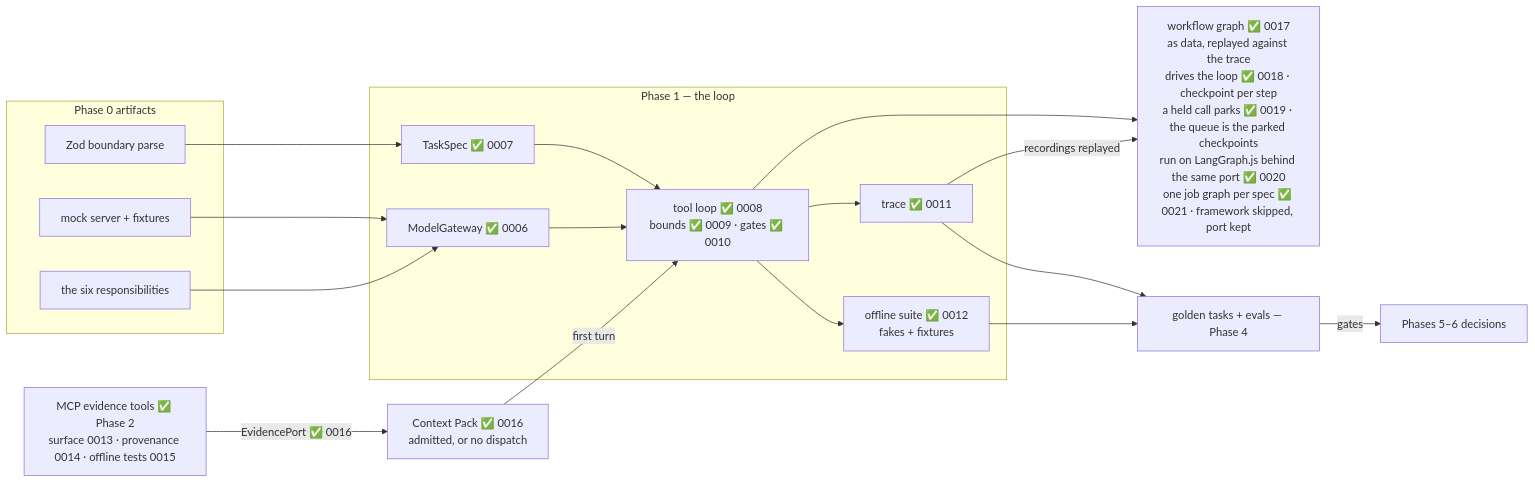
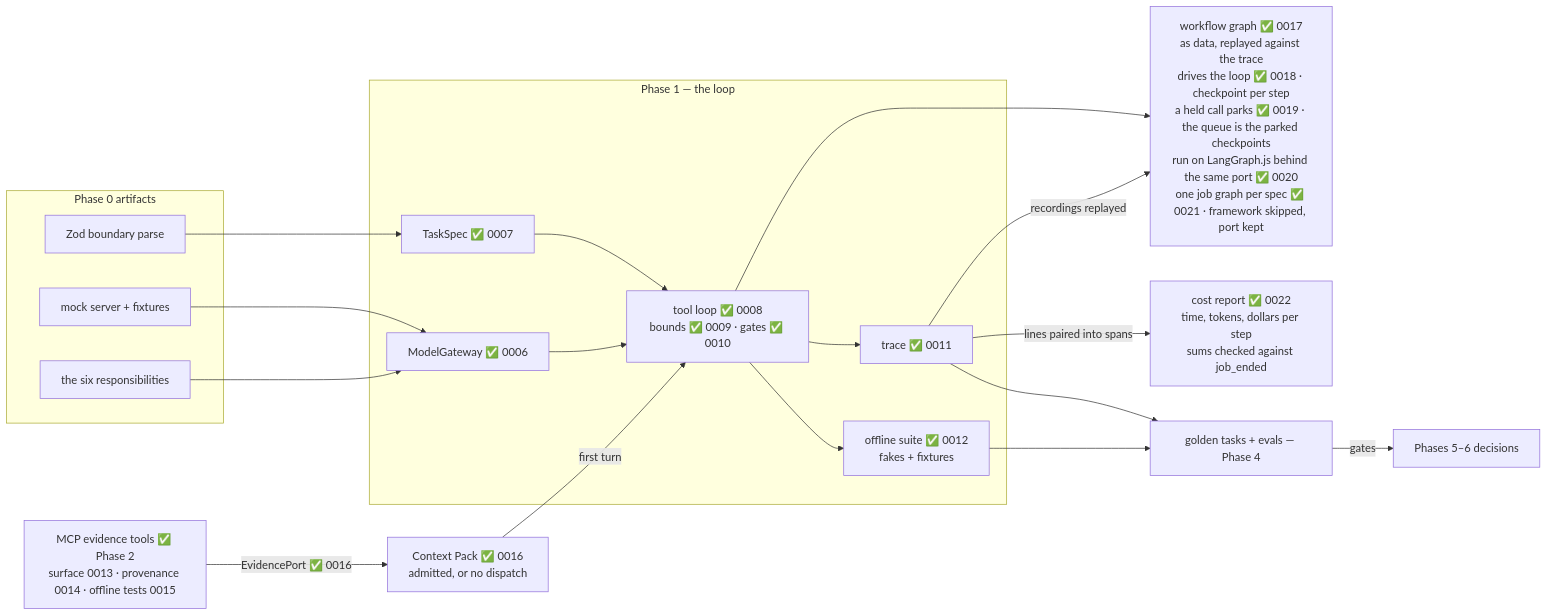
The seventh of 7 diagrams in wiki/course/course-module-graph.md (JozsefKiss90/TS), drawn with Mermaid before and after one commit. The commit also changed other lines of this file and 15 other files, not shown here.

````diff
--- a/wiki/course/course-module-graph.md
+++ b/wiki/course/course-module-graph.md
@@ -115,29 +136,30 @@
 ```mermaid
 flowchart LR
     subgraph PH0["Phase 0 artifacts"]
         MOCK["mock server + fixtures"]
         SIX["the six responsibilities"]
         ZOD["Zod boundary parse"]
     end
     subgraph PH1["Phase 1 — the loop"]
         GWY["ModelGateway ✅ 0006"]
         SPEC["TaskSpec ✅ 0007"]
         TLOOP["tool loop ✅ 0008<br/>bounds ✅ 0009 · gates ✅ 0010"]
         TR["trace ✅ 0011"]
         TESTS["offline suite ✅ 0012<br/>fakes + fixtures"]
     end
     MOCK --> GWY
     SIX --> GWY
     ZOD --> SPEC
     SPEC --> TLOOP
     GWY --> TLOOP
     TLOOP --> TR
     TLOOP --> TESTS
     EV["MCP evidence tools ✅ Phase 2<br/>surface 0013 · provenance 0014 · offline tests 0015"] -->|"EvidencePort ✅ 0016"| PACK["Context Pack ✅ 0016<br/>admitted, or no dispatch"]
     PACK -->|"first turn"| TLOOP
     TLOOP --> WG["workflow graph ✅ 0017<br/>as data, replayed against the trace<br/>drives the loop ✅ 0018 · checkpoint per step<br/>a held call parks ✅ 0019 · the queue is the parked checkpoints<br/>run on LangGraph.js behind the same port ✅ 0020<br/>one job graph per spec ✅ 0021 · framework skipped, port kept"]
     TR -->|"recordings replayed"| WG
+    TR -->|"lines paired into spans"| COST["cost report ✅ 0022<br/>time, tokens, dollars per step<br/>sums checked against job_ended"]
     TR --> EVAL["golden tasks + evals — Phase 4"]
     TESTS --> EVAL
     EVAL -->|"gates"| P5P6["Phases 5–6 decisions"]
 ```
````
